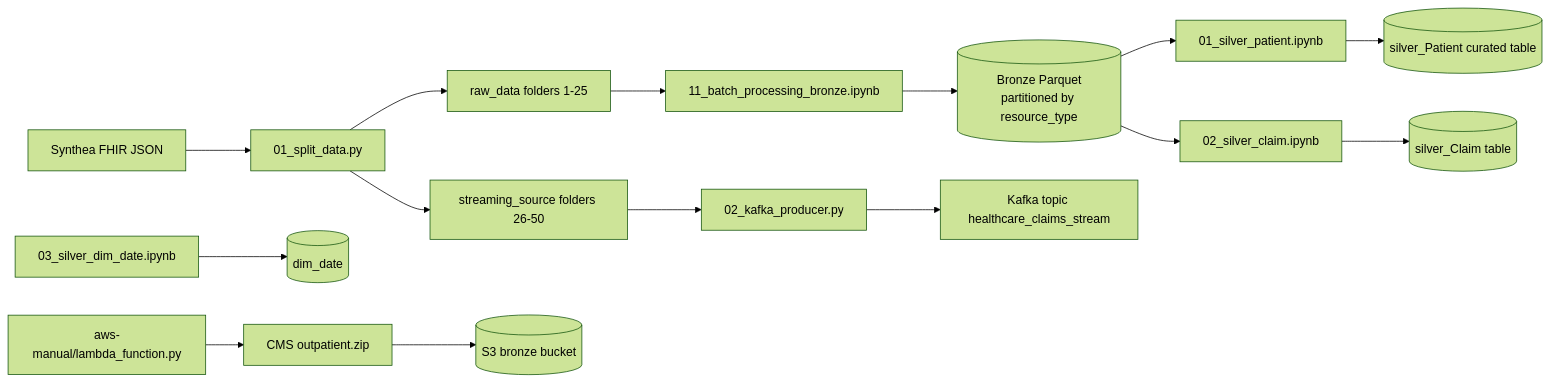
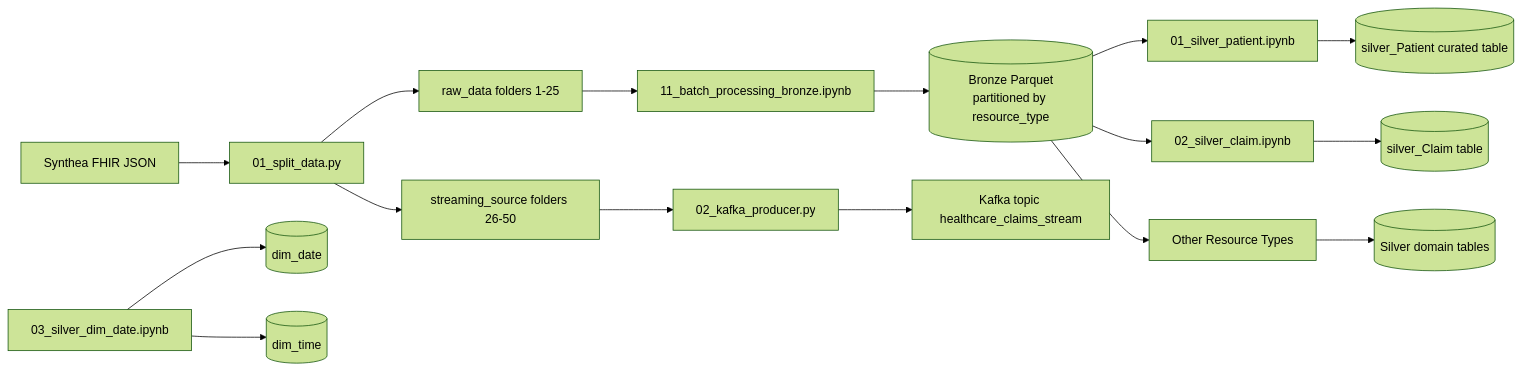
One commit to Hariprasad-b-s/healthcare-data-engineering changed the diagram in README.md. Above: the diagram before and after it, drawn with Mermaid (forest theme). The commit also changed other lines of this file, not shown here.

````diff
--- a/README.md
+++ b/README.md
@@ -42,23 +42,24 @@
 ```mermaid
 flowchart LR
 		A[Synthea FHIR JSON] --> B[01_split_data.py]
 		B --> C[raw_data folders 1-25]
 		B --> D[streaming_source folders 26-50]
 
 		C --> E[11_batch_processing_bronze.ipynb]
 		E --> F[(Bronze Parquet\npartitioned by resource_type)]
 
 		F --> I[01_silver_patient.ipynb]
 		I --> J[(silver_Patient curated table)]
 
 		F --> K[02_silver_claim.ipynb]
 		K --> L[(silver_Claim table)]
 
-		M[03_silver_dim_date.ipynb] --> N[(dim_date)]
+		F --> M[Other Resource Types]
+		M --> N[(Silver domain tables)]
 
-		D --> O[02_kafka_producer.py]
-		O --> P[Kafka topic healthcare_claims_stream]
+		O[03_silver_dim_date.ipynb] --> P[(dim_date)]
+		O --> Q[(dim_time)]
 
-		Q[aws-manual/lambda_function.py] --> R[CMS outpatient.zip]
-		R --> S[(S3 bronze bucket)]
+		D --> R[02_kafka_producer.py]
+		R --> S[Kafka topic healthcare_claims_stream]
 ```
````
